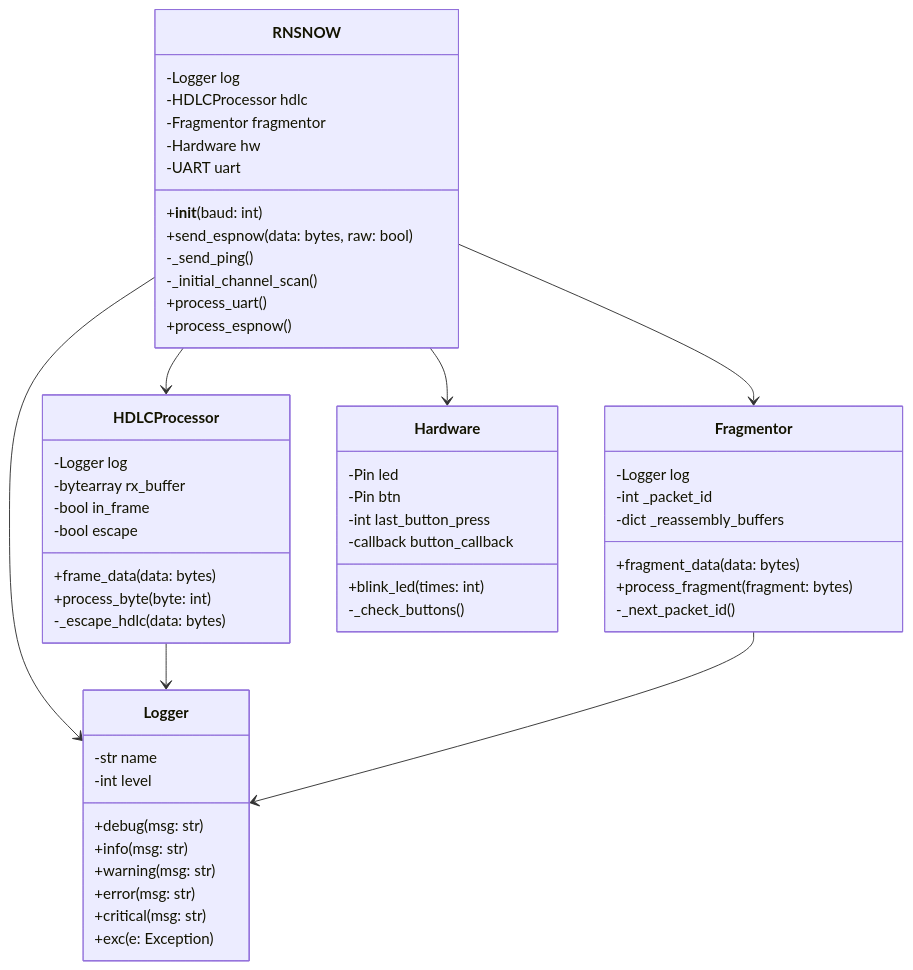
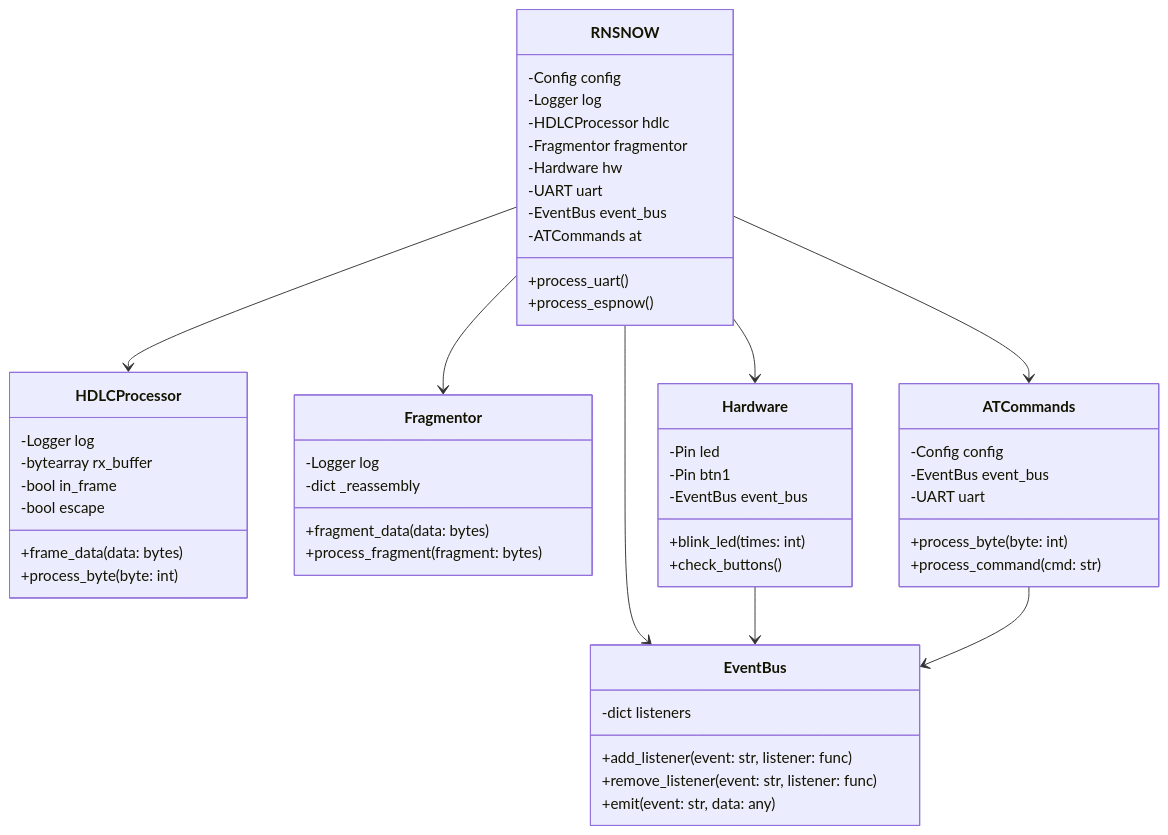
Before and after one commit to gretel/rns-if-espnow: the first of 3 diagrams in README.md, drawn with Mermaid. The commit also changed other lines of this file, not shown here.

````diff
--- a/README.md
+++ b/README.md
@@ -42,62 +46,62 @@
 ```mermaid
 classDiagram
+    class EventBus {
+        -dict listeners
+        +add_listener(event: str, listener: func)
+        +remove_listener(event: str, listener: func) 
+        +emit(event: str, data: any)
+    }
+
     class RNSNOW {
+        -Config config
         -Logger log
         -HDLCProcessor hdlc
         -Fragmentor fragmentor
         -Hardware hw
         -UART uart
-        +__init__(baud: int)
-        +send_espnow(data: bytes, raw: bool)
-        -_send_ping()
-        -_initial_channel_scan()
+        -EventBus event_bus
+        -ATCommands at
         +process_uart()
         +process_espnow()
     }
 
     class HDLCProcessor {
         -Logger log
         -bytearray rx_buffer
         -bool in_frame
         -bool escape
         +frame_data(data: bytes)
         +process_byte(byte: int)
-        -_escape_hdlc(data: bytes)
     }
 
     class Fragmentor {
         -Logger log
-        -int _packet_id
-        -dict _reassembly_buffers
+        -dict _reassembly
         +fragment_data(data: bytes)
         +process_fragment(fragment: bytes)
-        -_next_packet_id()
     }
 
     class Hardware {
         -Pin led
-        -Pin btn
-        -int last_button_press
-        -callback button_callback
+        -Pin btn1
+        -EventBus event_bus
         +blink_led(times: int)
-        -_check_buttons()
+        +check_buttons()
     }
 
-    class Logger {
-        -str name
-        -int level
-        +debug(msg: str)
-        +info(msg: str)
-        +warning(msg: str)
-        +error(msg: str)
-        +critical(msg: str)
-        +exc(e: Exception)
+    class ATCommands {
+        -Config config
+        -EventBus event_bus
+        -UART uart
+        +process_byte(byte: int)
+        +process_command(cmd: str)
     }
 
+    RNSNOW --> EventBus
     RNSNOW --> HDLCProcessor
     RNSNOW --> Fragmentor
     RNSNOW --> Hardware
-    RNSNOW --> Logger
-    HDLCProcessor --> Logger
-    Fragmentor --> Logger
+    RNSNOW --> ATCommands
+    Hardware --> EventBus
+    ATCommands --> EventBus
 ```
````
